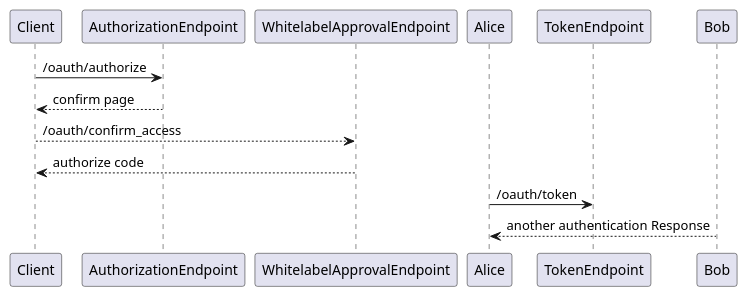
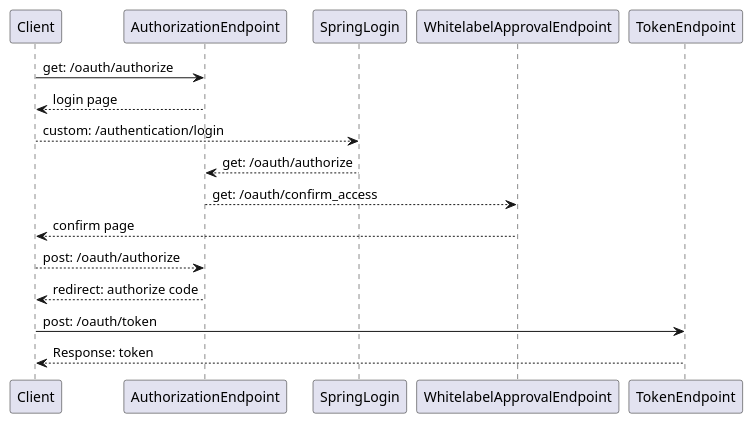
One commit to xiaxinyu/ms-authorization changed the diagram in ms-authorization-singleton/src/main/resources/process/oauthorization.puml. Above: the diagram before and after it, drawn with PlantUML. The commit also changed other lines of this file and 2 other files, not shown here.

```diff
--- a/ms-authorization-singleton/src/main/resources/process/oauthorization.puml
+++ b/ms-authorization-singleton/src/main/resources/process/oauthorization.puml
@@ -1,10 +1,15 @@
 @startuml
-Client -> AuthorizationEndpoint: /oauth/authorize
-AuthorizationEndpoint --> Client: confirm page
+Client -> AuthorizationEndpoint: get: /oauth/authorize
+AuthorizationEndpoint --> Client: login page
 
-Client --> WhitelabelApprovalEndpoint: /oauth/confirm_access
-WhitelabelApprovalEndpoint --> Client: authorize code
+Client --> SpringLogin: custom: /authentication/login
+SpringLogin --> AuthorizationEndpoint: get: /oauth/authorize
+AuthorizationEndpoint --> WhitelabelApprovalEndpoint: get: /oauth/confirm_access
+WhitelabelApprovalEndpoint --> Client: confirm page
 
-Alice -> TokenEndpoint: /oauth/token
-Alice <-- Bob: another authentication Response
+Client --> AuthorizationEndpoint: post: /oauth/authorize
+AuthorizationEndpoint --> Client: redirect: authorize code
+
+Client -> TokenEndpoint: post: /oauth/token
+TokenEndpoint --> Client: Response: token
 @enduml
```
